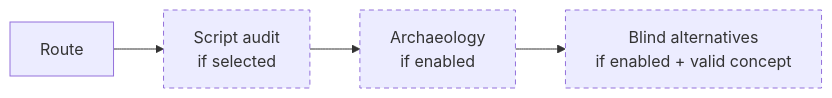
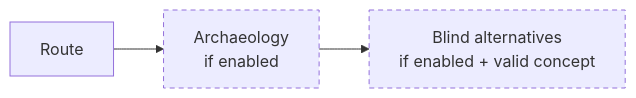
Before and after one commit to willcl-ark/nix: the second of 5 diagrams in pkgs/ralph/README.md, drawn with Mermaid. The commit also changed other lines of this file and 2 other files, not shown here.

````diff
--- a/pkgs/ralph/README.md
+++ b/pkgs/ralph/README.md
@@ -282,8 +282,7 @@
 ```mermaid
 flowchart LR
-    route["Route"] --> script["Script audit<br/>if selected"]
-    script --> history["Archaeology<br/>if enabled"]
+    route["Route"] --> history["Archaeology<br/>if enabled"]
     history --> alternatives["Blind alternatives<br/>if enabled + valid concept"]
     classDef optional stroke-dasharray: 5 4
-    class script,history,alternatives optional
+    class history,alternatives optional
 ```
````
